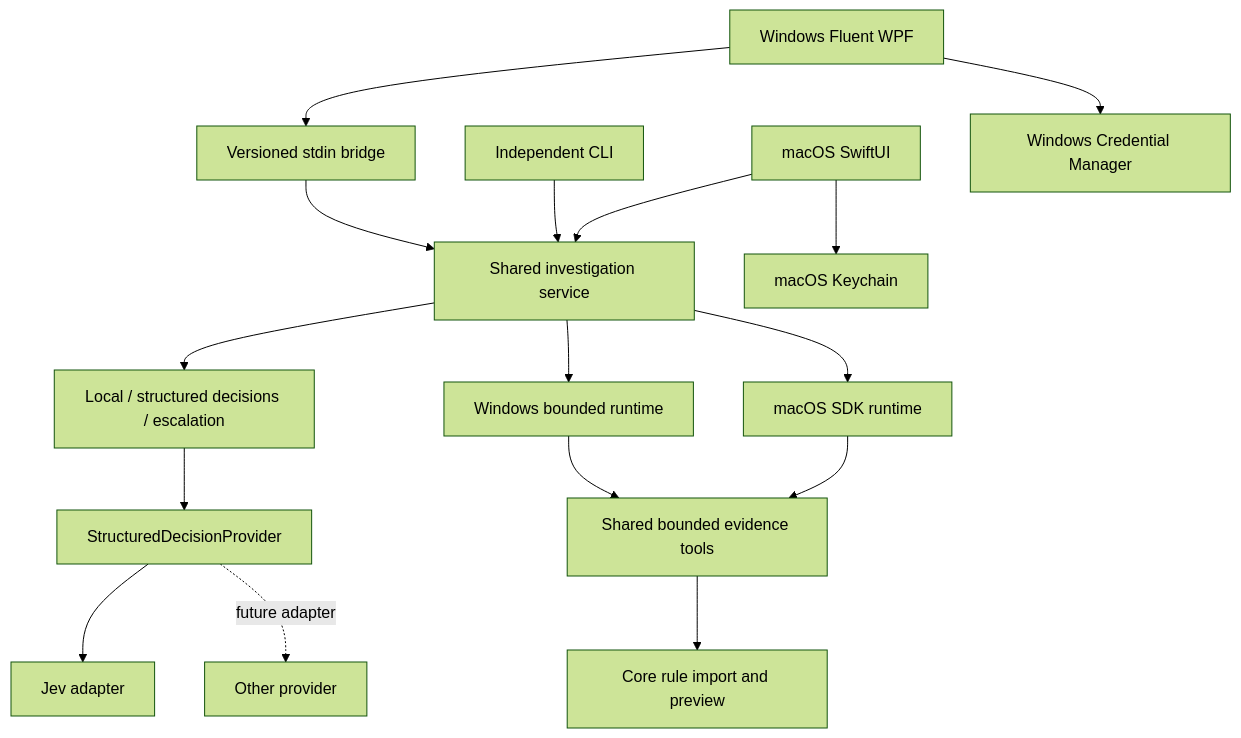
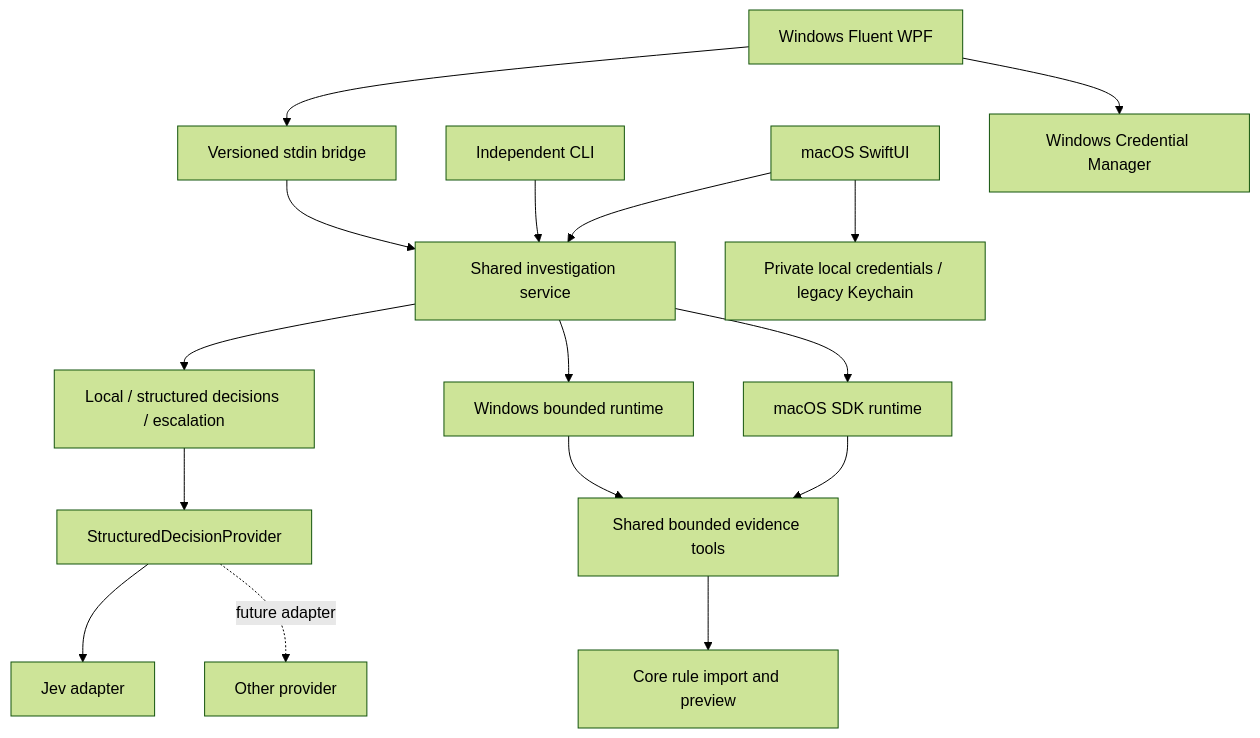
One commit to limecloud/shou changed diagram 11 of 15 in docs/architecture/embedded-ai.md. Above: the diagram before and after it, drawn with Mermaid (forest theme). The commit also changed other lines of this file and 112 other files, not shown here.

````diff
--- a/docs/architecture/embedded-ai.md
+++ b/docs/architecture/embedded-ai.md
@@ -372,18 +372,18 @@
 ```mermaid
 flowchart TB
     Mac[macOS SwiftUI] --> Service[Shared investigation service]
     Win[Windows Fluent WPF] --> Bridge[Versioned stdin bridge]
     CLI[Independent CLI] --> Service
     Bridge --> Service
     Service --> Router[Local / structured decisions / escalation]
     Router --> Provider[StructuredDecisionProvider]
     Provider --> Jev[Jev adapter]
     Provider -. future adapter .-> Future[Other provider]
     Service --> MacRuntime[macOS SDK runtime]
     Service --> Portable[Windows bounded runtime]
     MacRuntime --> Tools[Shared bounded evidence tools]
     Portable --> Tools
     Tools --> Core[Core rule import and preview]
     Win --> Credentials[Windows Credential Manager]
-    Mac --> Keychain[macOS Keychain]
+    Mac --> LocalKeys[Private local credentials / legacy Keychain]
 ```
````
